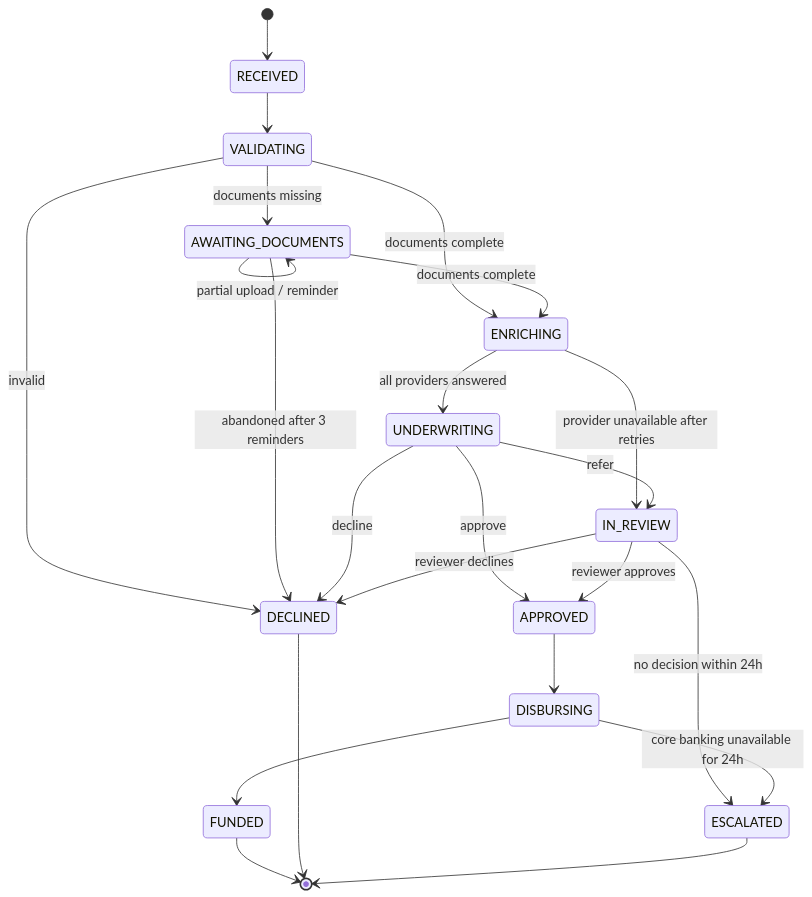
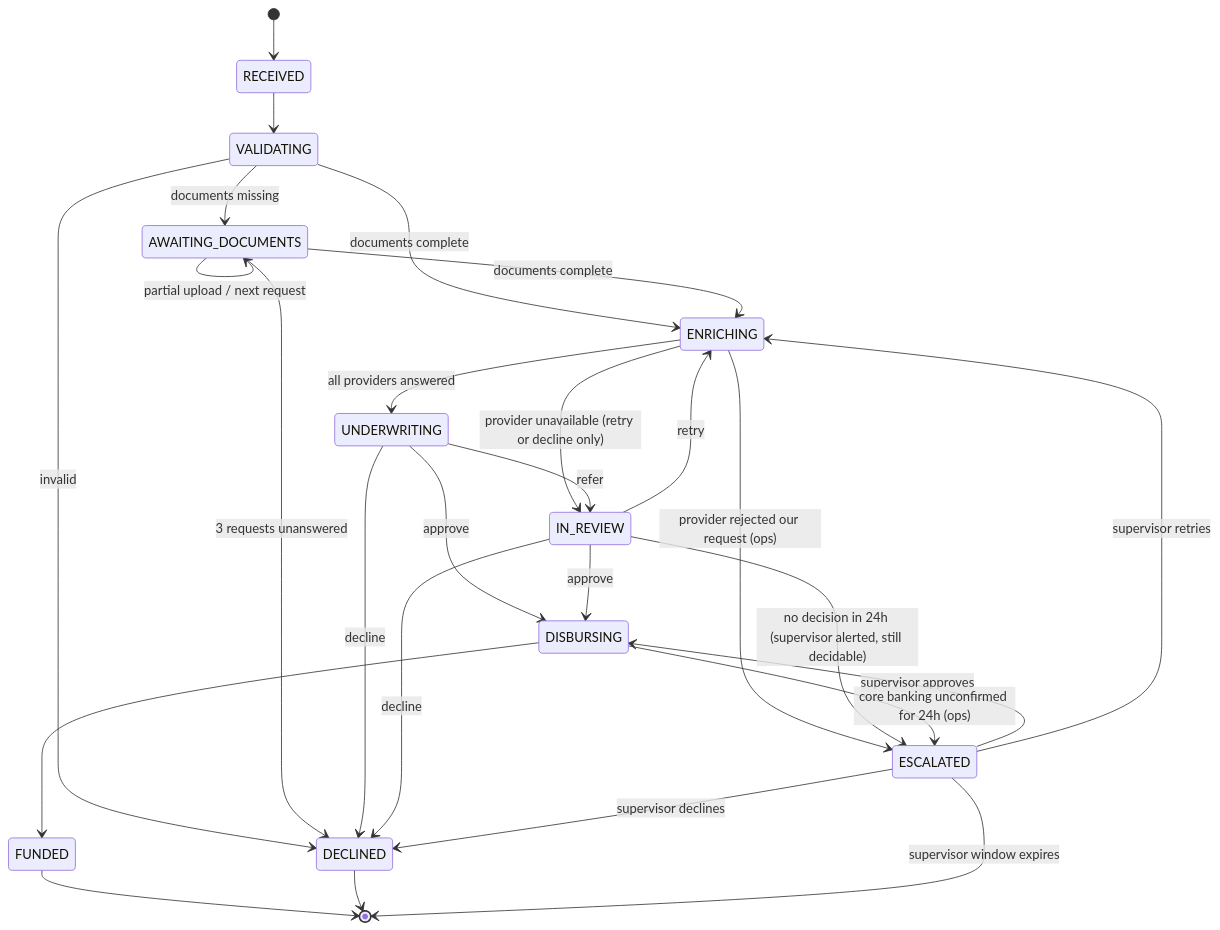
One commit to Kieranshb/bank_sim changed the second of 3 diagrams in README.md. Above: the diagram before and after it, drawn with Mermaid. The commit also changed other lines of this file and 26 other files, not shown here.

````diff
--- a/README.md
+++ b/README.md
@@ -143,25 +154,29 @@
 ```mermaid
 stateDiagram-v2
   [*] --> RECEIVED
   RECEIVED --> VALIDATING
   VALIDATING --> DECLINED: invalid
   VALIDATING --> AWAITING_DOCUMENTS: documents missing
   VALIDATING --> ENRICHING: documents complete
-  AWAITING_DOCUMENTS --> AWAITING_DOCUMENTS: partial upload / reminder
+  AWAITING_DOCUMENTS --> AWAITING_DOCUMENTS: partial upload / next request
   AWAITING_DOCUMENTS --> ENRICHING: documents complete
-  AWAITING_DOCUMENTS --> DECLINED: abandoned after 3 reminders
+  AWAITING_DOCUMENTS --> DECLINED: 3 requests unanswered
   ENRICHING --> UNDERWRITING: all providers answered
-  ENRICHING --> IN_REVIEW: provider unavailable after retries
-  UNDERWRITING --> APPROVED: approve
+  ENRICHING --> IN_REVIEW: provider unavailable (retry or decline only)
+  ENRICHING --> ESCALATED: provider rejected our request (ops)
+  UNDERWRITING --> DISBURSING: approve
   UNDERWRITING --> IN_REVIEW: refer
   UNDERWRITING --> DECLINED: decline
-  IN_REVIEW --> APPROVED: reviewer approves
-  IN_REVIEW --> DECLINED: reviewer declines
-  IN_REVIEW --> ESCALATED: no decision within 24h
-  APPROVED --> DISBURSING
+  IN_REVIEW --> ENRICHING: retry
+  IN_REVIEW --> DISBURSING: approve
+  IN_REVIEW --> DECLINED: decline
+  IN_REVIEW --> ESCALATED: no decision in 24h (supervisor alerted, still decidable)
+  ESCALATED --> DISBURSING: supervisor approves
+  ESCALATED --> ENRICHING: supervisor retries
+  ESCALATED --> DECLINED: supervisor declines
   DISBURSING --> FUNDED
-  DISBURSING --> ESCALATED: core banking unavailable for 24h
+  DISBURSING --> ESCALATED: core banking unconfirmed for 24h (ops)
   FUNDED --> [*]
   DECLINED --> [*]
-  ESCALATED --> [*]
+  ESCALATED --> [*]: supervisor window expires
 ```
````
